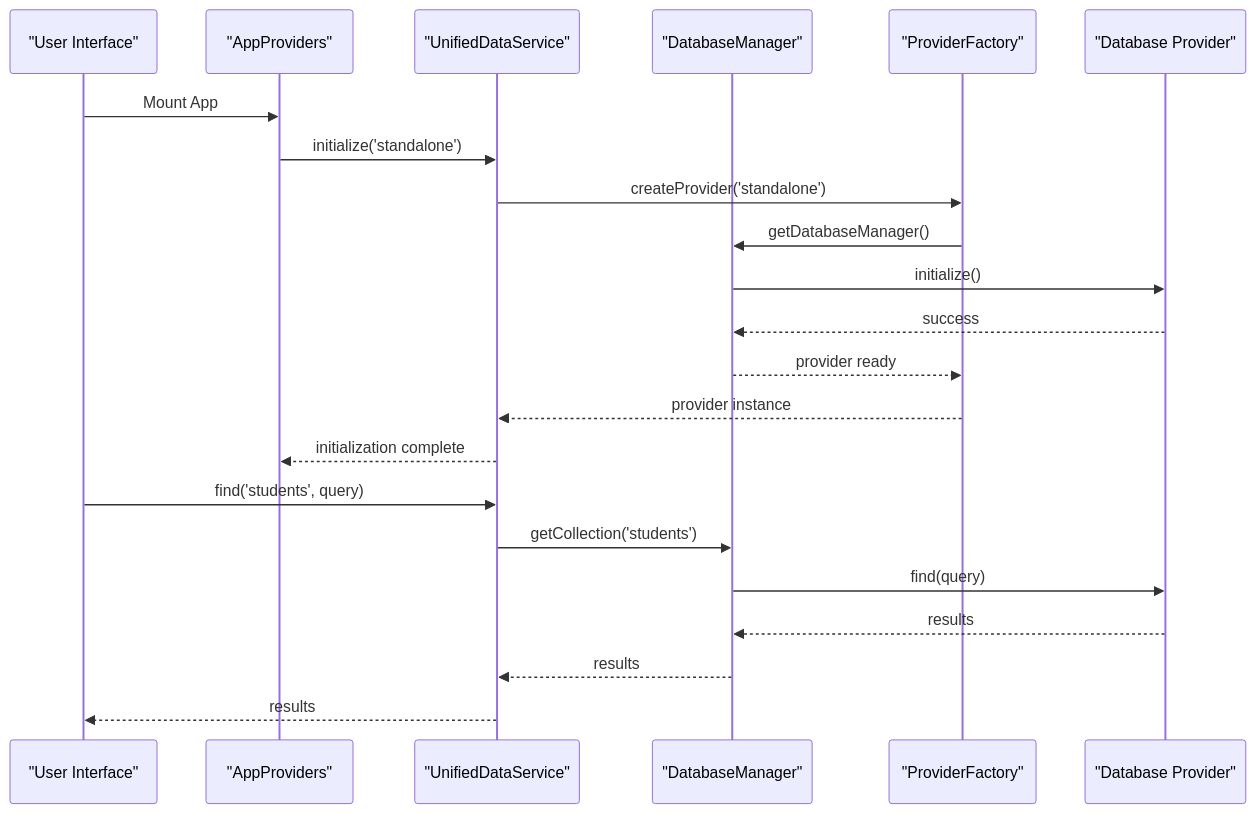
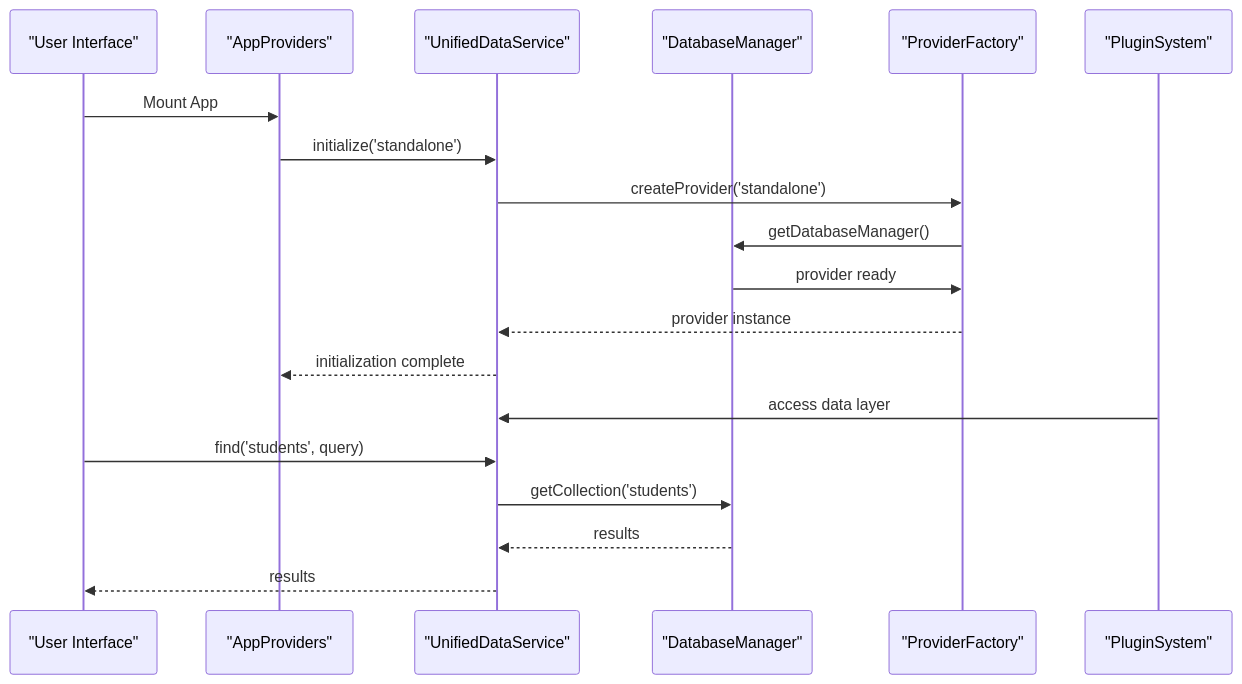
One commit to geniusdynamics/schoolpilot changed the seventh of 8 diagrams in .qoder/repowiki/en/content/Architecture Overview/Architecture Overview.md. Above: the diagram before and after it, drawn with Mermaid. The commit also changed other lines of this file and 12 other files, not shown here.

````diff
--- a/.qoder/repowiki/en/content/Architecture Overview/Architecture Overview.md
+++ b/.qoder/repowiki/en/content/Architecture Overview/Architecture Overview.md
@@ -404,24 +506,21 @@
 ```mermaid
 sequenceDiagram
 participant UI as "User Interface"
 participant AP as "AppProviders"
 participant UDS as "UnifiedDataService"
 participant DM as "DatabaseManager"
 participant PF as "ProviderFactory"
-participant DB as "Database Provider"
+participant PL as "PluginSystem"
 UI->>AP : Mount App
 AP->>UDS : initialize('standalone')
 UDS->>PF : createProvider('standalone')
 PF->>DM : getDatabaseManager()
-DM->>DB : initialize()
-DB-->>DM : success
-DM-->>PF : provider ready
+DM->>PF : provider ready
 PF-->>UDS : provider instance
 UDS-->>AP : initialization complete
+PL->>UDS : access data layer
 UI->>UDS : find('students', query)
 UDS->>DM : getCollection('students')
-DM->>DB : find(query)
-DB-->>DM : results
 DM-->>UDS : results
 UDS-->>UI : results
 ```
````
